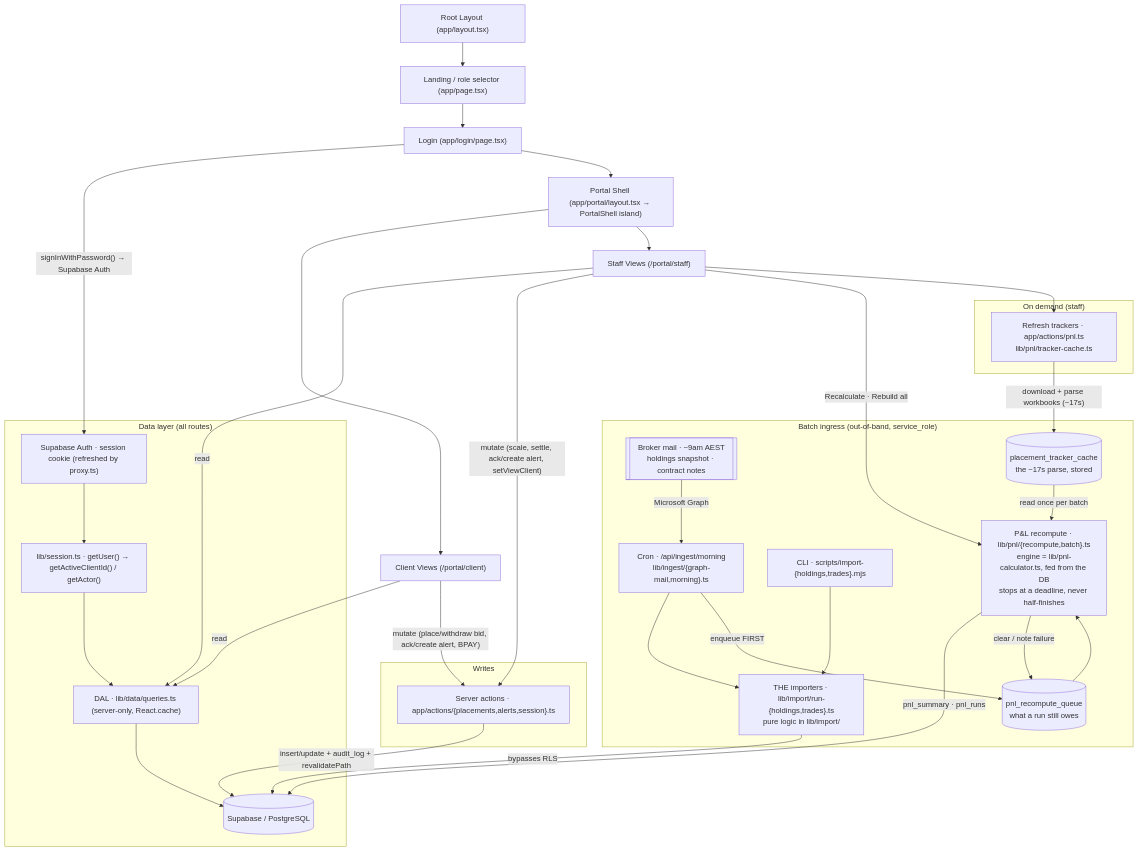
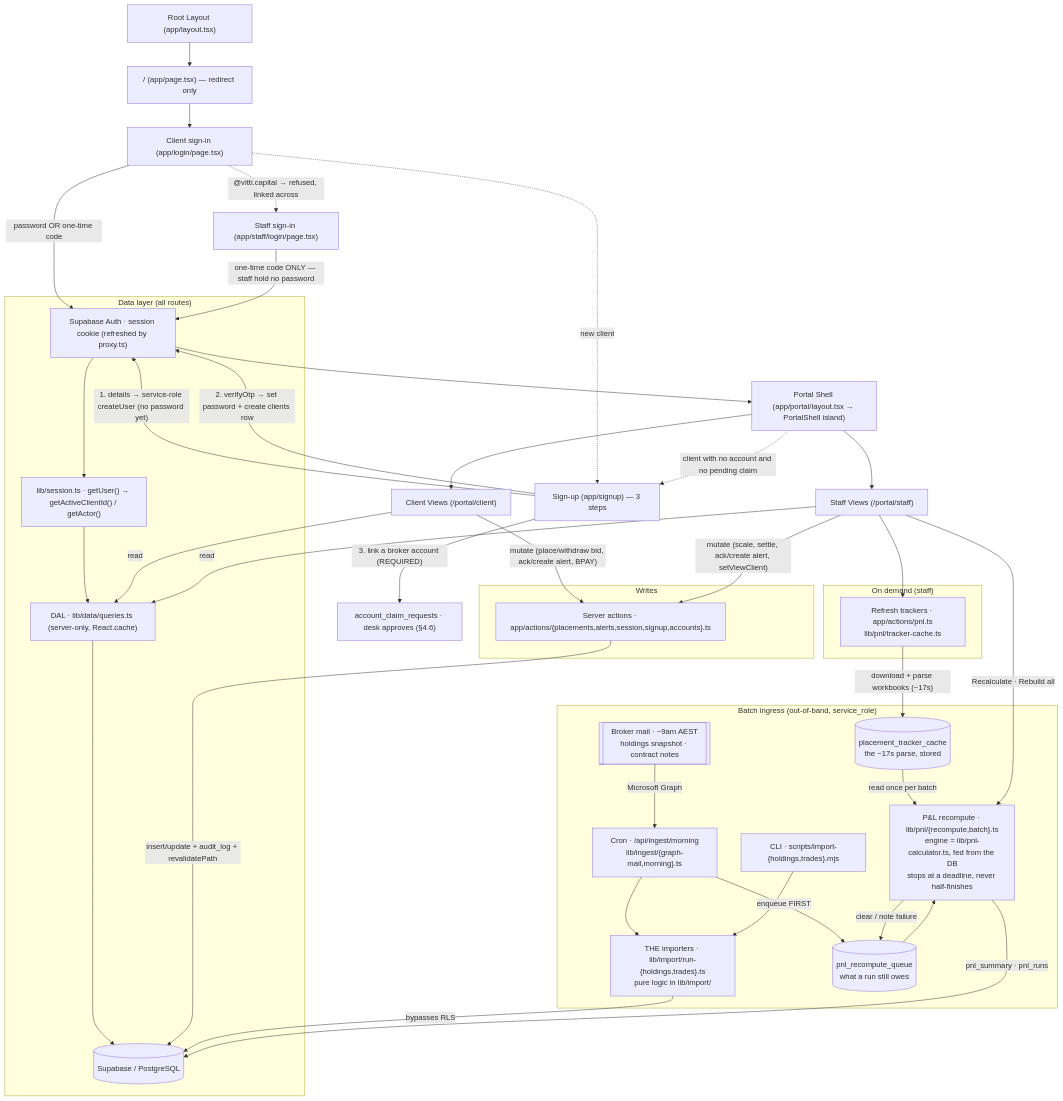
One commit to Vitti-Capital-Tech/client-dashboard changed the diagram in docs/HLD.md. Above: the diagram before and after it, drawn with Mermaid. The commit also changed other lines of this file and 19 other files, not shown here.

Commit message:
Updated the login/signup flow for clients and admin

````diff
--- a/docs/HLD.md
+++ b/docs/HLD.md
@@ -18,51 +18,60 @@
 ```mermaid
 graph TD
-    Root["Root Layout (app/layout.tsx)"] --> Landing["Landing / role selector (app/page.tsx)"]
-    Landing --> Login["Login (app/login/page.tsx)"]
-    Login -->|"signInWithPassword() → Supabase Auth"| Auth["Supabase Auth · session cookie (refreshed by proxy.ts)"]
-    Login --> E["Portal Shell (app/portal/layout.tsx → PortalShell island)"]
+    Root["Root Layout (app/layout.tsx)"] --> Slash["/ (app/page.tsx) — redirect only"]
+    Slash --> Login["Client sign-in (app/login/page.tsx)"]
+
+    Login -->|"password OR one-time code"| Auth["Supabase Auth · session cookie (refreshed by proxy.ts)"]
+    Login -.->|"@vitti.capital → refused, linked across"| Staff["Staff sign-in (app/staff/login/page.tsx)"]
+    Staff -->|"one-time code ONLY — staff hold no password"| Auth
+    Login -.->|"new client"| Signup["Sign-up (app/signup) — 3 steps"]
+    Signup -->|"1. details → service-role createUser (no password yet)"| Auth
+    Signup -->|"2. verifyOtp → set password + create clients row"| Auth
+    Signup -->|"3. link a broker account (REQUIRED)"| Claim["account_claim_requests · desk approves (§4.6)"]
+
+    Auth --> E["Portal Shell (app/portal/layout.tsx → PortalShell island)"]
+    E -.->|"client with no account and no pending claim"| Signup
 
     E --> F["Client Views (/portal/client)"]
     E --> G["Staff Views (/portal/staff)"]
 
     subgraph "Data layer (all routes)"
         Auth --> Session["lib/session.ts · getUser() → getActiveClientId() / getActor()"]
         Session --> DAL["DAL · lib/data/queries.ts (server-only, React.cache)"]
         DAL --> Supa[("Supabase / PostgreSQL")]
     end
 
     subgraph "Writes"
-        Actions["Server actions · app/actions/{placements,alerts,session}.ts"]
+        Actions["Server actions · app/actions/{placements,alerts,session,signup,accounts}.ts"]
         Actions -->|"insert/update + audit_log + revalidatePath"| Supa
     end
 
     subgraph "Batch ingress (out-of-band, service_role)"
         Mail[["Broker mail · ~9am AEST<br/>holdings snapshot · contract notes"]]
         Cron["Cron · /api/ingest/morning<br/>lib/ingest/{graph-mail,morning}.ts"]
         CLI["CLI · scripts/import-{holdings,trades}.mjs"]
         Runners["THE importers · lib/import/run-{holdings,trades}.ts<br/>pure logic in lib/import/"]
 
         Mail -->|"Microsoft Graph"| Cron
         Cron --> Runners
         CLI --> Runners
         Runners -->|"bypasses RLS"| Supa
 
         Cron -->|"enqueue FIRST"| Queue[("pnl_recompute_queue<br/>what a run still owes")]
         Queue --> Recompute["P&L recompute · lib/pnl/{recompute,batch}.ts<br/>engine = lib/pnl-calculator.ts, fed from the DB<br/>stops at a deadline, never half-finishes"]
         Recompute -->|"pnl_summary · pnl_runs"| Supa
         Recompute -->|"clear / note failure"| Queue
         TCache[("placement_tracker_cache<br/>the ~17s parse, stored")] -->|"read once per batch"| Recompute
     end
 
     subgraph "On demand (staff)"
         Refresh["Refresh trackers · app/actions/pnl.ts<br/>lib/pnl/tracker-cache.ts"]
         Refresh -->|"download + parse workbooks (~17s)"| TCache
     end
 
     F -->|"read"| DAL
     G -->|"read"| DAL
     F -->|"mutate (place/withdraw bid, ack/create alert, BPAY)"| Actions
     G -->|"mutate (scale, settle, ack/create alert, setViewClient)"| Actions
     G -->|"Recalculate · Rebuild all"| Recompute
     G --> Refresh
 ```
````
